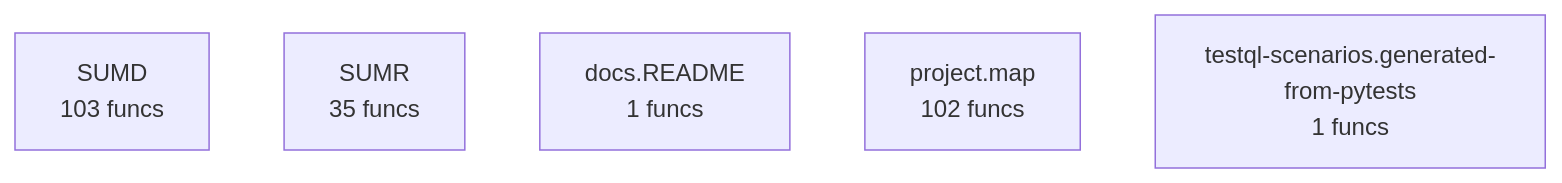
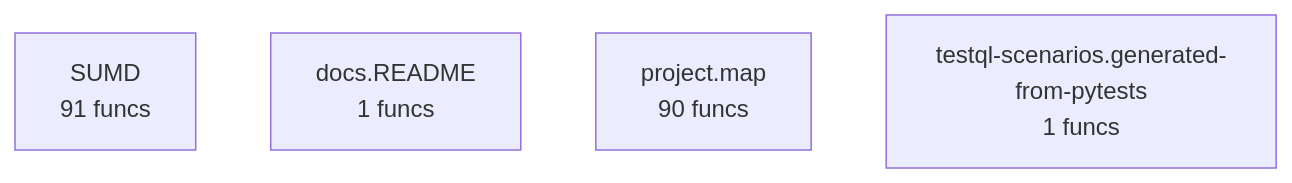
One commit to semcod/resplit changed the diagram in project/compact_flow.mmd. Above: the diagram before and after it, drawn with Mermaid. The commit also changed 86 other files, not shown here.

```diff
--- a/project/compact_flow.mmd
+++ b/project/compact_flow.mmd
@@ -1,6 +1,5 @@
 flowchart TD
-    SUMD["SUMD<br/>103 funcs"]
-    SUMR["SUMR<br/>35 funcs"]
+    SUMD["SUMD<br/>91 funcs"]
     docs__README["docs.README<br/>1 funcs"]
-    project__map["project.map<br/>102 funcs"]
+    project__map["project.map<br/>90 funcs"]
     testql_scenarios__generated_from_pytests["testql-scenarios.generated-from-pytests<br/>1 funcs"]
```
